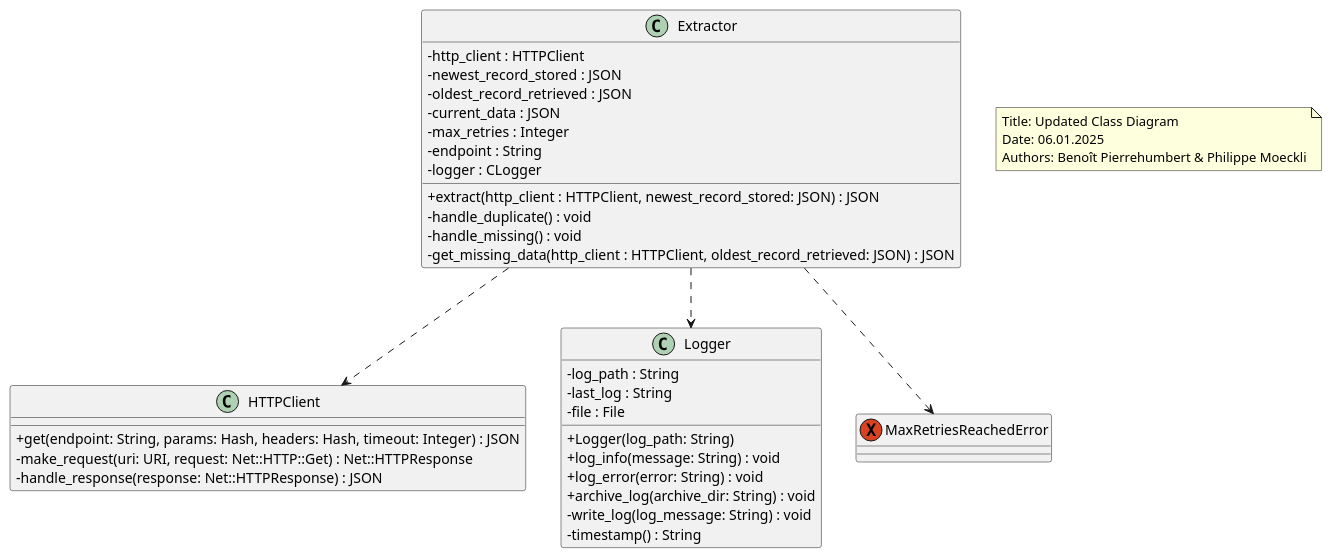
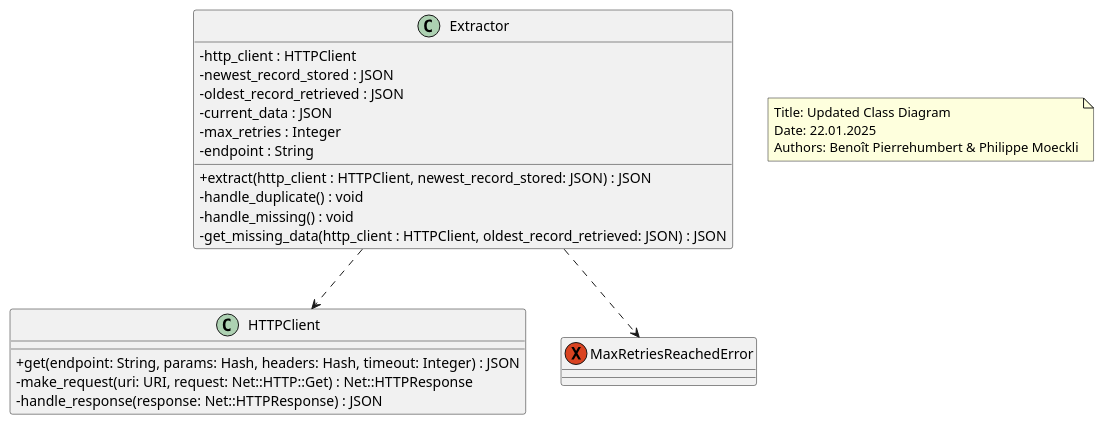
Before and after one commit to CPNV-ES-BI1-SBB/EXTERNAL-SOURCE-EXTRACT: the diagram in docs/class_diagram.puml, drawn with PlantUML. The commit also changed 5 other files, not shown here.

```diff
--- a/docs/class_diagram.puml
+++ b/docs/class_diagram.puml
@@ -1,49 +1,35 @@
 @startuml
 
 skinparam classAttributeIconSize 0
 
 class Extractor {
   - http_client : HTTPClient
   - newest_record_stored : JSON
   - oldest_record_retrieved : JSON
   - current_data : JSON
   - max_retries : Integer
   - endpoint : String
-  - logger : CLogger
   + extract(http_client : HTTPClient, newest_record_stored: JSON) : JSON
   - handle_duplicate() : void
   - handle_missing() : void
   - get_missing_data(http_client : HTTPClient, oldest_record_retrieved: JSON) : JSON
 }
 
 class HTTPClient {
   + get(endpoint: String, params: Hash, headers: Hash, timeout: Integer) : JSON
   - make_request(uri: URI, request: Net::HTTP::Get) : Net::HTTPResponse
   - handle_response(response: Net::HTTPResponse) : JSON
 }
 
-class Logger {
-  - log_path : String
-  - last_log : String
-  - file : File
-  + Logger(log_path: String)
-  + log_info(message: String) : void
-  + log_error(error: String) : void
-  + archive_log(archive_dir: String) : void
-  - write_log(log_message: String) : void
-  - timestamp() : String
-}
-
 Exception MaxRetriesReachedError {}
 
 Extractor ..> HTTPClient
-Extractor ..> Logger
 Extractor ..> MaxRetriesReachedError
 
 note as N1
   Title: Updated Class Diagram
-  Date: 06.01.2025
+  Date: 22.01.2025
   Authors: Benoît Pierrehumbert & Philippe Moeckli
 end note
 
 @enduml
```
